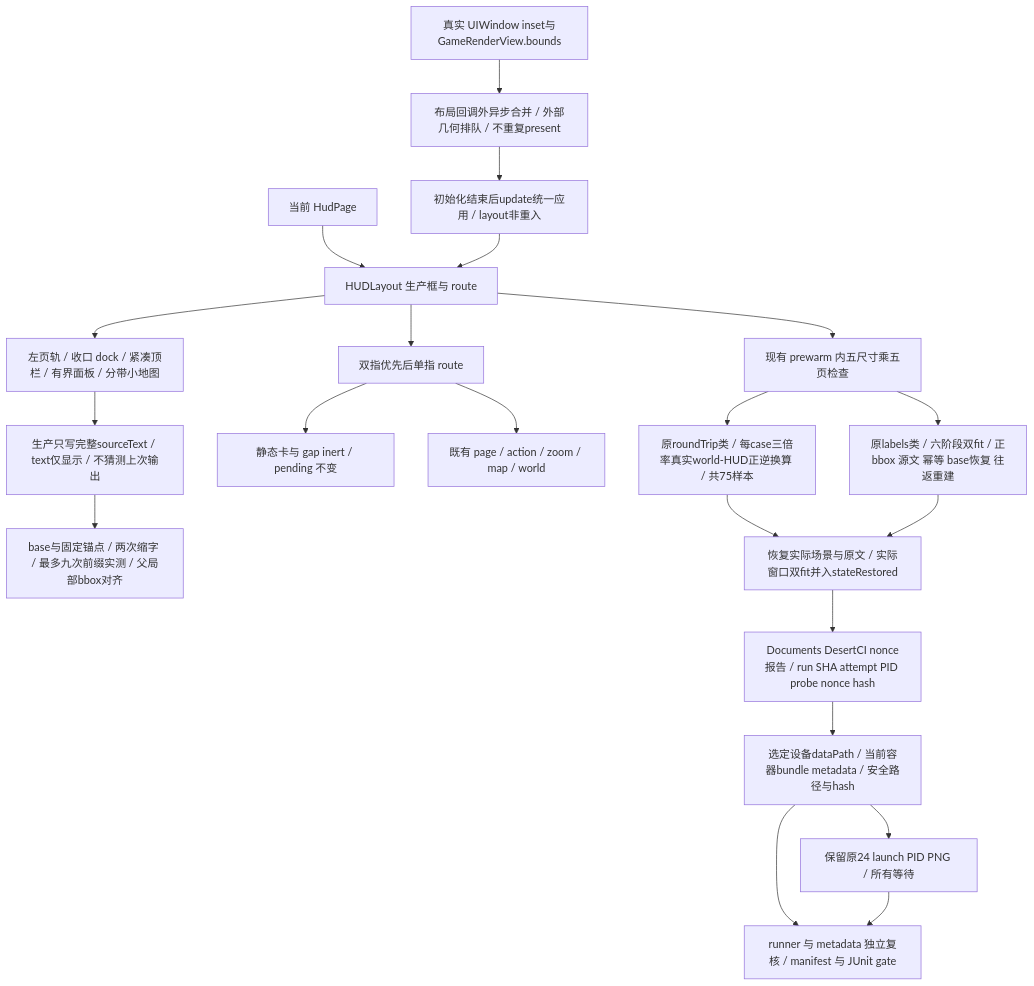
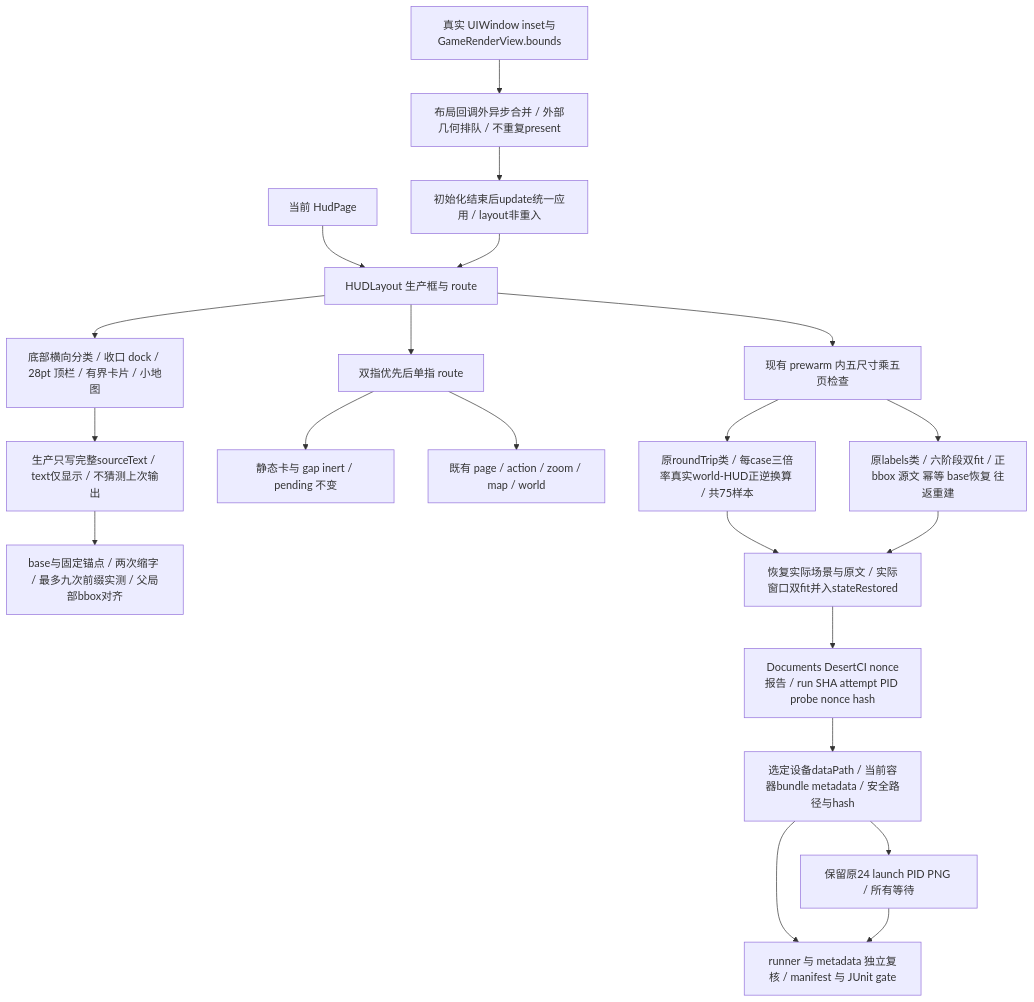
One commit to Altman-sam114/1145 changed the fourth of 10 diagrams in md/flow/flowchart.md. Above: the diagram before and after it, drawn with Mermaid. The commit also changed other lines of this file and 23 other files, not shown here.

````diff
--- a/md/flow/flowchart.md
+++ b/md/flow/flowchart.md
@@ -193,23 +193,23 @@
 ```mermaid
 flowchart TD
   Window[真实 UIWindow inset与GameRenderView.bounds] --> Pending[布局回调外异步合并 / 外部几何排队 / 不重复present]
   Pending --> SceneInsets[初始化结束后update统一应用 / layout非重入]
   Page[当前 HudPage] --> Layout[HUDLayout 生产框与 route]
   SceneInsets --> Layout
-  Layout --> Draw[左页轨 / 收口 dock / 紧凑顶栏 / 有界面板 / 分带小地图]
+  Layout --> Draw[底部横向分类 / 收口 dock / 28pt 顶栏 / 有界卡片 / 小地图]
   Draw --> Source[生产只写完整sourceText / text仅显示 / 不猜测上次输出]
   Source --> Fit[base与固定锚点 / 两次缩字 / 最多九次前缀实测 / 父局部bbox对齐]
   Layout --> Touch[双指优先后单指 route]
   Touch --> Inert[静态卡与 gap inert / pending 不变]
   Touch --> Command[既有 page / action / zoom / map / world]
   Layout --> SwiftContract[现有 prewarm 内五尺寸乘五页检查]
   SwiftContract --> LabelAudit[原labels类 / 六阶段双fit / 正bbox 源文 幂等 base恢复 往返重建]
   SwiftContract --> ViewportAudit[原roundTrip类 / 每case三倍率真实world-HUD正逆换算 / 共75样本]
   ViewportAudit --> Restore
   LabelAudit --> Restore[恢复实际场景与原文 / 实际窗口双fit并入stateRestored]
   Restore --> JSON[Documents DesertCI nonce报告 / run SHA attempt PID probe nonce hash]
   JSON --> Read[选定设备dataPath / 当前容器bundle metadata / 安全路径与hash]
   Read --> Gate[runner 与 metadata 独立复核 / manifest 与 JUnit gate]
   Read --> Capture[保留原24 launch PID PNG / 所有等待]
   Capture --> Gate
 ```
````
